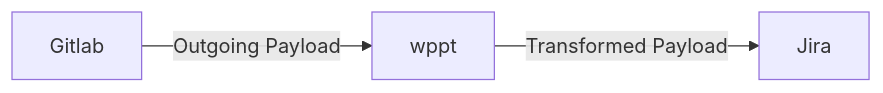
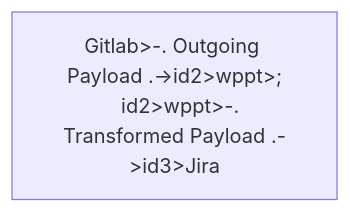
The diagram in README.md (redhat-performance/wppt), drawn with Mermaid before and after one commit.

Commit message:
docs: graph styling

````diff
--- a/README.md
+++ b/README.md
@@ -19,5 +19,5 @@
 ```mermaid
- graph LR;
-    Gitlab -- Outgoing Payload --> wppt;
-    wppt -- Transformed Payload --> Jira;
+ flowchart LR;
+    id1[Gitlab>-. Outgoing Payload .->id2>wppt>;
+    id2>wppt>-. Transformed Payload .->id3>Jira];
 ```
````
